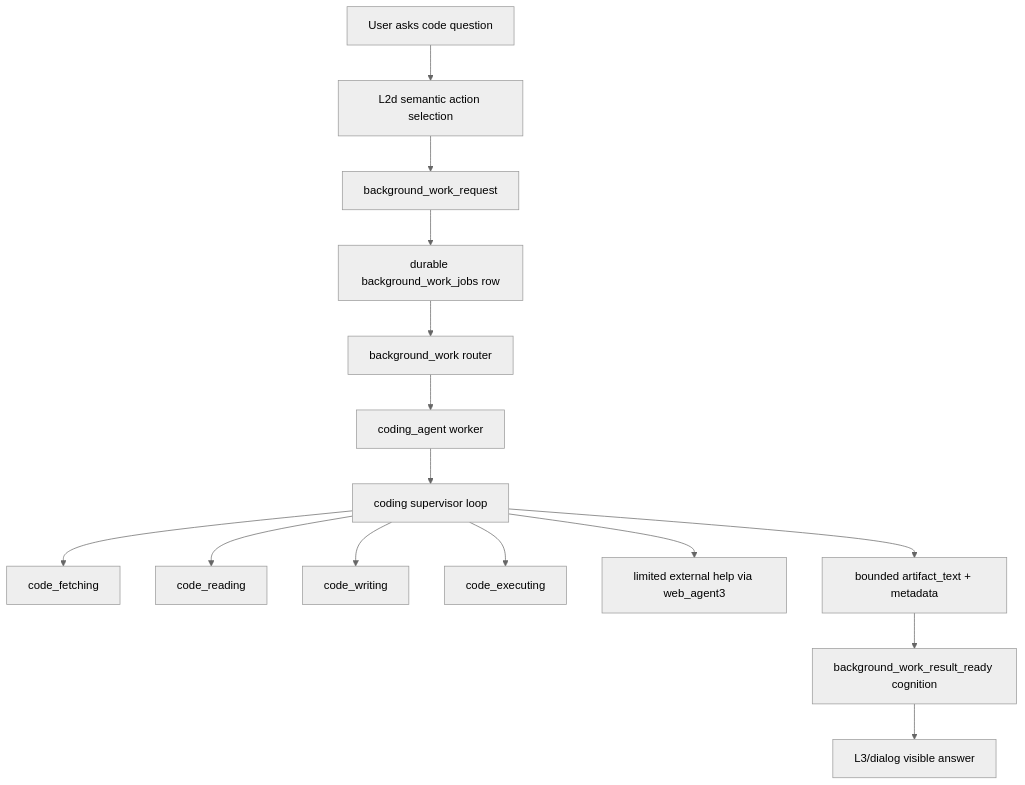
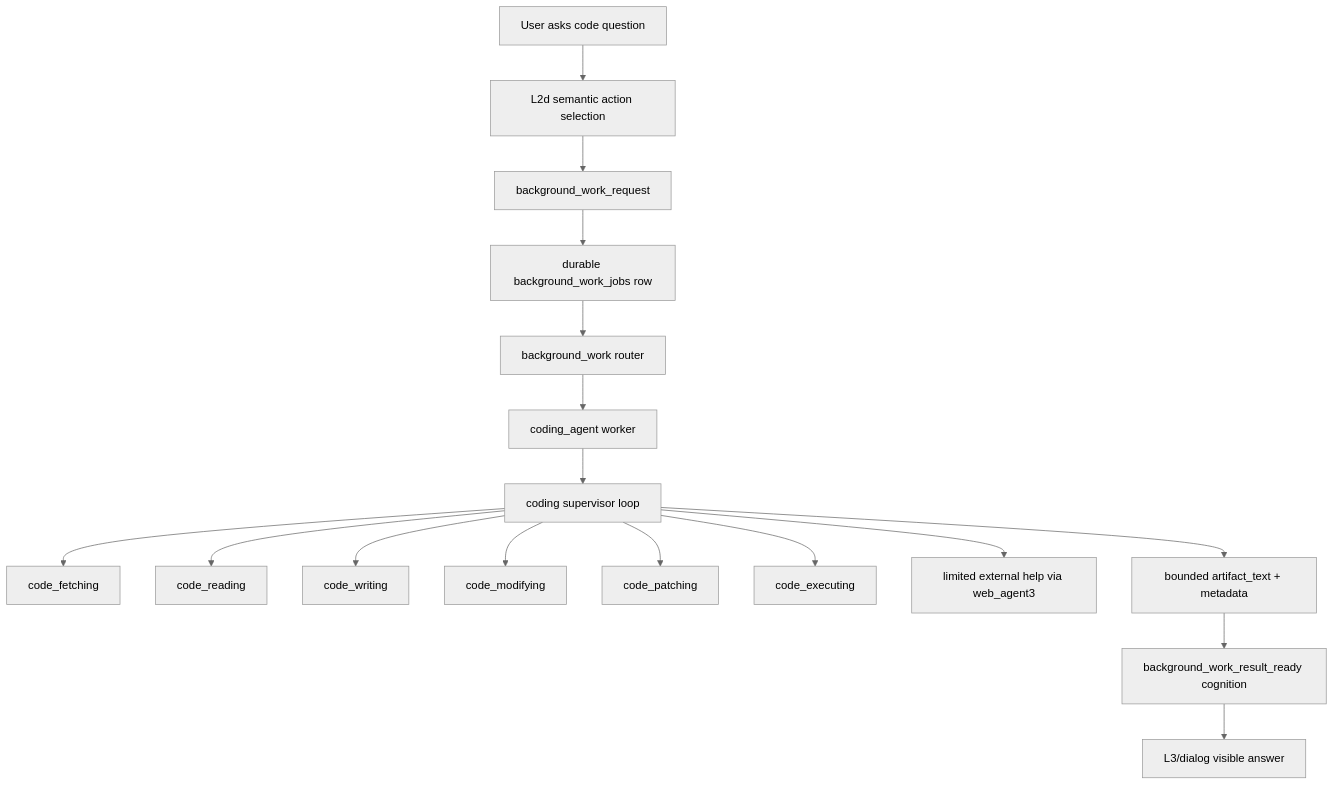
The fourth of 4 diagrams in development_plans/reference/designs/coding_agent_architecture.md (eamars/KazusaAIChatbot), drawn with Mermaid (neutral theme) before and after one commit. The commit also changed other lines of this file and 34 other files, not shown here.

Commit message:
phase 2 partial implementation prior to architecture change

````diff
--- a/development_plans/reference/designs/coding_agent_architecture.md
+++ b/development_plans/reference/designs/coding_agent_architecture.md
@@ -540,17 +543,19 @@
 ```mermaid
 flowchart TD
     U[User asks code question] --> L2D[L2d semantic action selection]
     L2D --> BW[background_work_request]
     BW --> Q[durable background_work_jobs row]
     Q --> R[background_work router]
     R --> CA[coding_agent worker]
     CA --> S[coding supervisor loop]
     S --> F[code_fetching]
     S --> RD[code_reading]
     S --> W[code_writing]
+    S --> M[code_modifying]
+    S --> P[code_patching]
     S --> X[code_executing]
     S --> H[limited external help via web_agent3]
     S --> OUT[bounded artifact_text + metadata]
     OUT --> RES[background_work_result_ready cognition]
     RES --> D[L3/dialog visible answer]
 ```
````
